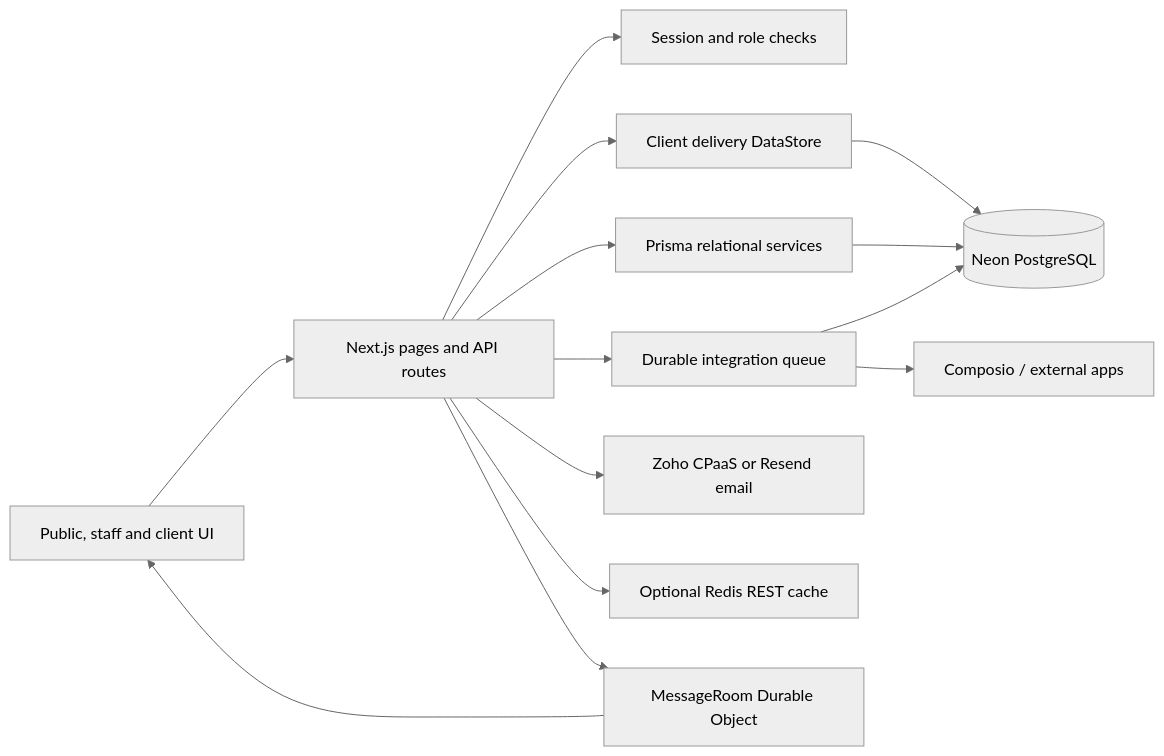
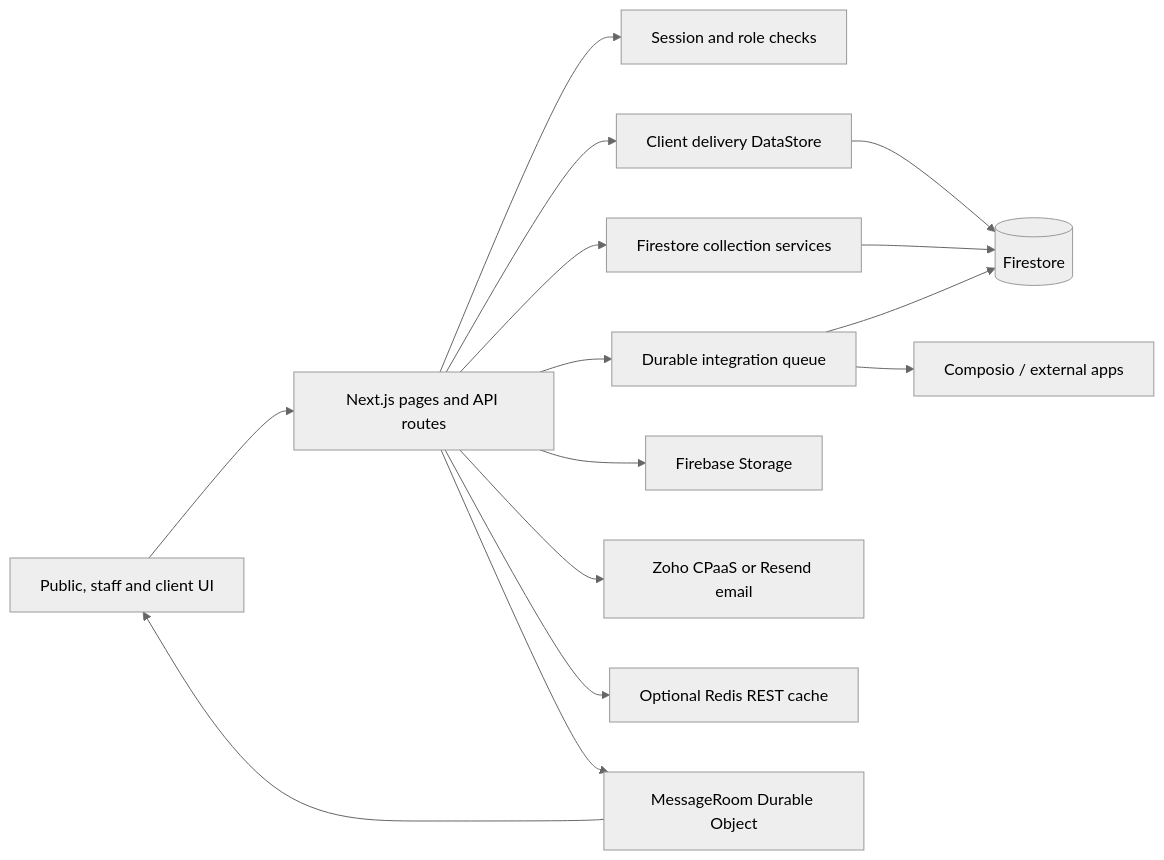
Before and after one commit to brcbro/boatship: the diagram in architecture/README.md, drawn with Mermaid (neutral theme). The commit also changed other lines of this file and 80 other files, not shown here.

First line of the commit message:
Remove Prisma, Neon, and PGlite; run QA on the Firestore emulator

````diff
--- a/architecture/README.md
+++ b/architecture/README.md
@@ -28,16 +28,17 @@
 ```mermaid
 flowchart LR
   Browser[Public, staff and client UI] --> Next[Next.js pages and API routes]
   Next --> Auth[Session and role checks]
   Next --> Store[Client delivery DataStore]
-  Next --> Relational[Prisma relational services]
-  Store --> Neon[(Neon PostgreSQL)]
-  Relational --> Neon
+  Next --> Relational[Firestore collection services]
+  Store --> Firestore[(Firestore)]
+  Relational --> Firestore
   Next --> Jobs[Durable integration queue]
-  Jobs --> Neon
+  Jobs --> Firestore
+  Next --> Files[Firebase Storage]
   Jobs --> Composio[Composio / external apps]
   Next --> Email[Zoho CPaaS or Resend email]
   Next --> Redis[Optional Redis REST cache]
   Next --> DO[MessageRoom Durable Object]
   DO --> Browser
 ```
````
